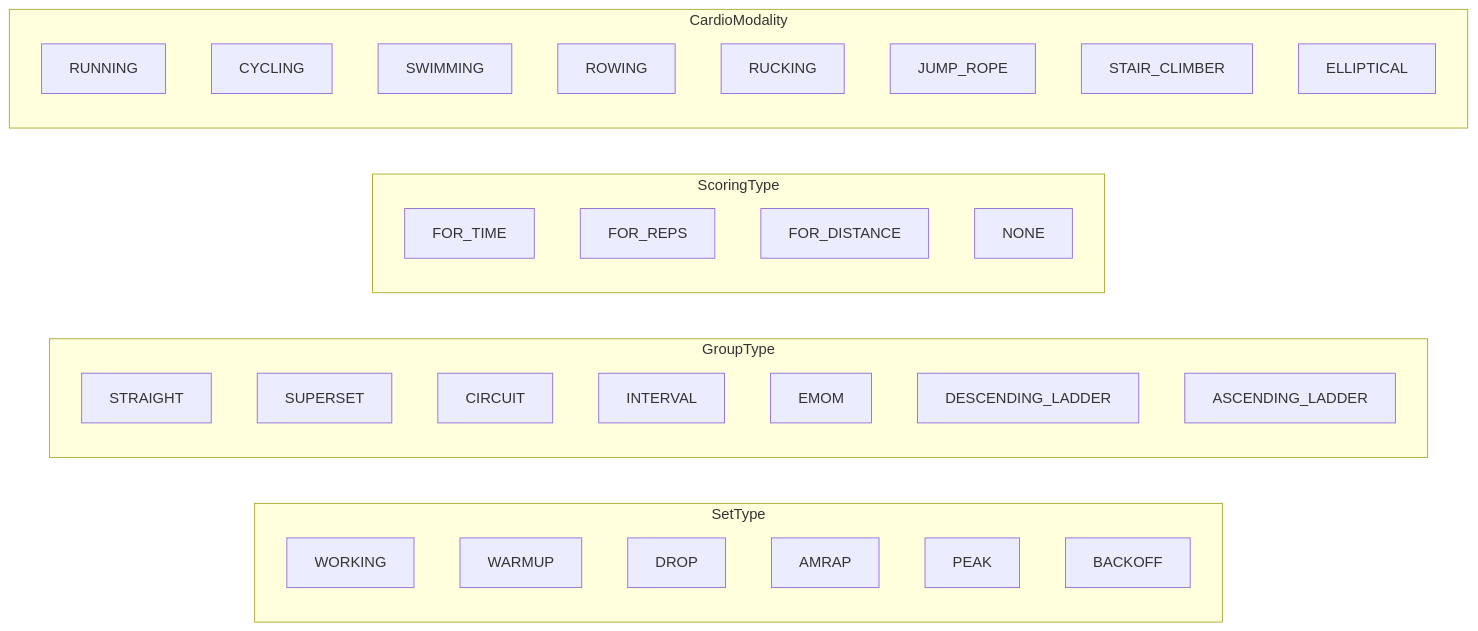
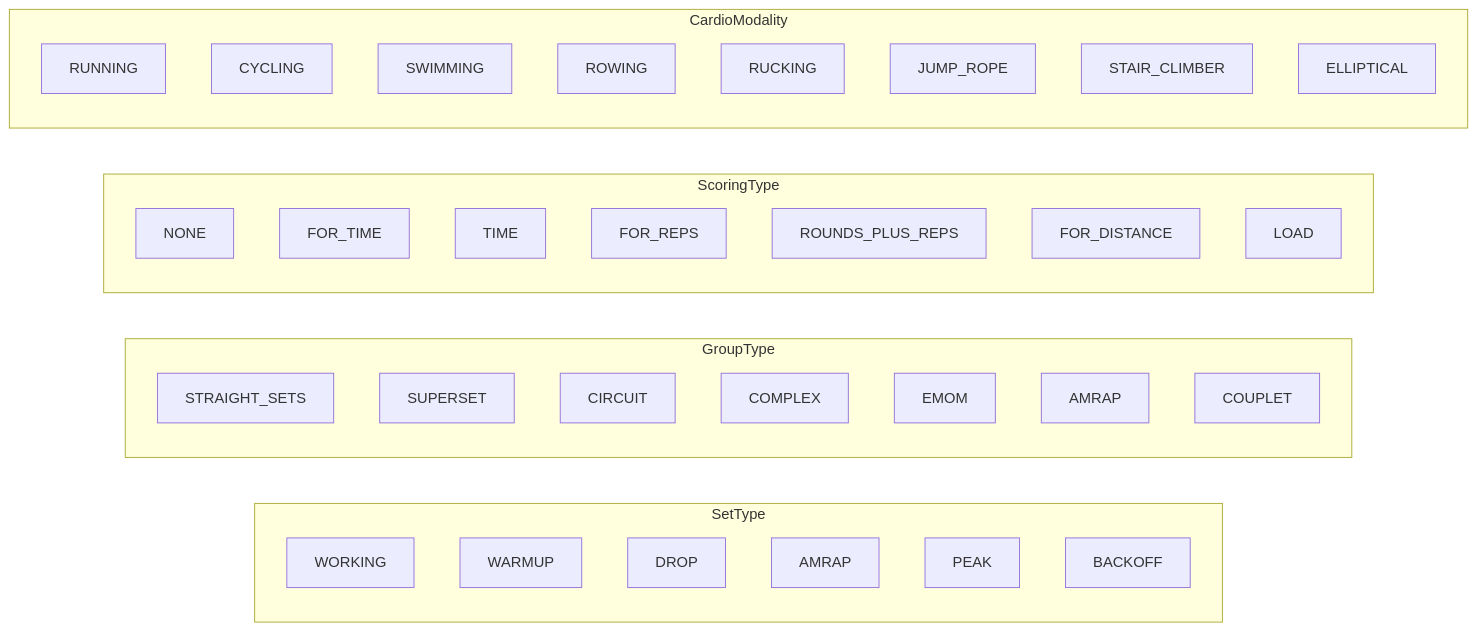
Before and after one commit to rghsoftware/ardent-forge: diagram 13 of 17 in docs/05-domain-model.md, drawn with Mermaid. The commit also changed other lines of this file and 16 other files, not shown here.

````diff
--- a/docs/05-domain-model.md
+++ b/docs/05-domain-model.md
@@ -556,39 +556,42 @@
 ```mermaid
 flowchart LR
     subgraph SetType
         WT1["WORKING"]
         WT2["WARMUP"]
         WT3["DROP"]
         WT4["AMRAP"]
         WT5["PEAK"]
         WT6["BACKOFF"]
     end
-    
+
     subgraph GroupType
-        GT1["STRAIGHT"]
+        GT1["STRAIGHT_SETS"]
         GT2["SUPERSET"]
         GT3["CIRCUIT"]
-        GT4["INTERVAL"]
+        GT4["COMPLEX"]
         GT5["EMOM"]
-        GT6["DESCENDING_LADDER"]
-        GT7["ASCENDING_LADDER"]
+        GT6["AMRAP"]
+        GT7["COUPLET"]
     end
-    
+
     subgraph ScoringType
-        SC1["FOR_TIME"]
-        SC2["FOR_REPS"]
-        SC3["FOR_DISTANCE"]
-        SC4["NONE"]
+        SC1["NONE"]
+        SC2["FOR_TIME"]
+        SC3["TIME"]
+        SC4["FOR_REPS"]
+        SC5["ROUNDS_PLUS_REPS"]
+        SC6["FOR_DISTANCE"]
+        SC7["LOAD"]
     end
-    
+
     subgraph CardioModality
         CM1["RUNNING"]
         CM2["CYCLING"]
         CM3["SWIMMING"]
         CM4["ROWING"]
         CM5["RUCKING"]
         CM6["JUMP_ROPE"]
         CM7["STAIR_CLIMBER"]
         CM8["ELLIPTICAL"]
     end
 ```
````
